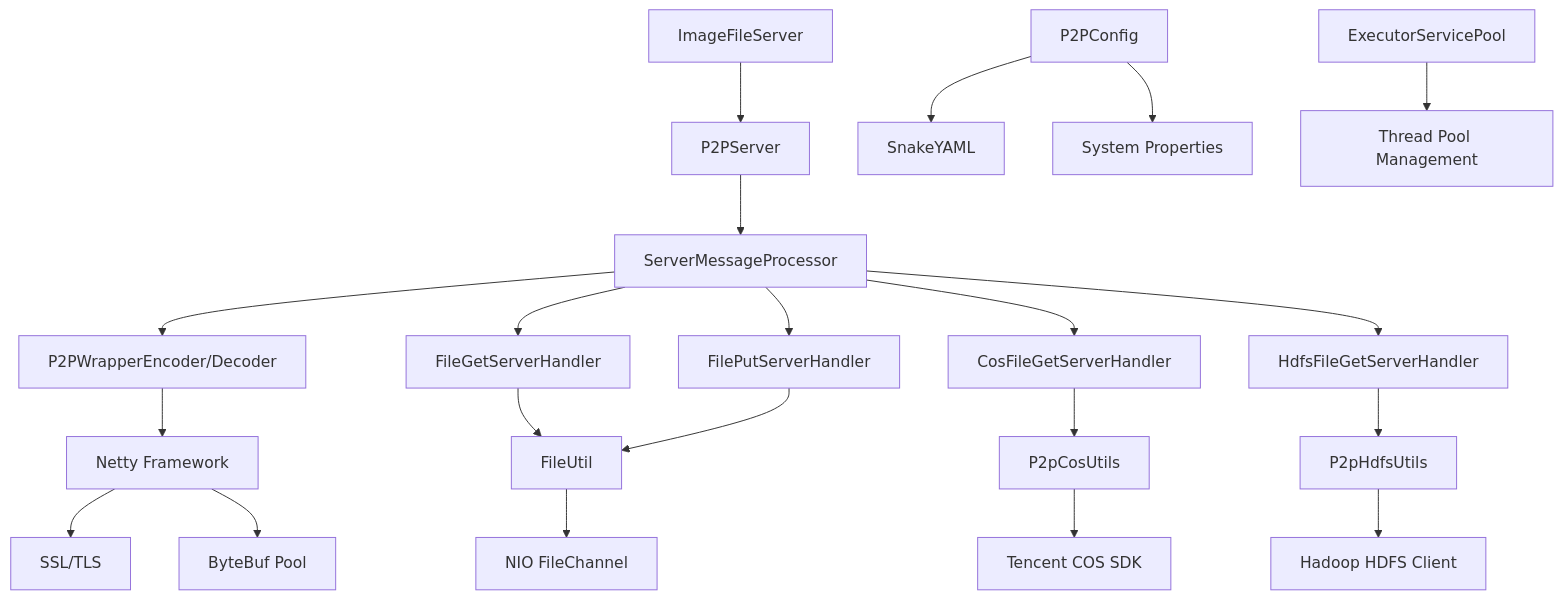
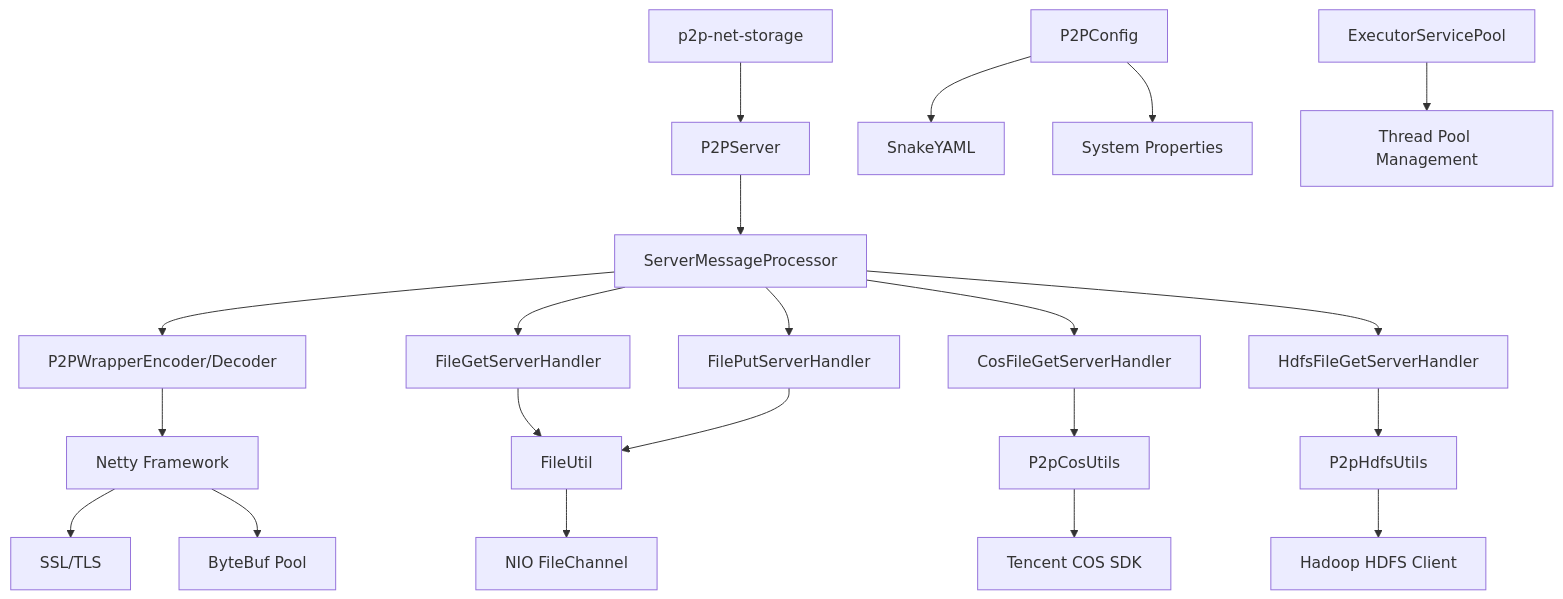
The diagram in PROJECT_STRUCTURE.md (iamkarlkm/p2p-net-storage), drawn with Mermaid before and after one commit. The commit also changed other lines of this file and 65 other files, not shown here.

````diff
--- a/PROJECT_STRUCTURE.md
+++ b/PROJECT_STRUCTURE.md
@@ -280,29 +280,29 @@
 ```mermaid
 graph TD
-    A[ImageFileServer] --> B[P2PServer]
+    A[p2p-net-storage] --> B[P2PServer]
     B --> C[ServerMessageProcessor]
     C --> D[P2PWrapperEncoder/Decoder]
     D --> E[Netty Framework]
     
     C --> F[FileGetServerHandler]
     C --> G[FilePutServerHandler]
     C --> H[CosFileGetServerHandler]
     C --> I[HdfsFileGetServerHandler]
     
     F --> J[FileUtil]
     G --> J
     H --> K[P2pCosUtils]
     I --> L[P2pHdfsUtils]
     
     J --> M[NIO FileChannel]
     K --> N[Tencent COS SDK]
     L --> O[Hadoop HDFS Client]
     
     E --> P[SSL/TLS]
     E --> Q[ByteBuf Pool]
     
     R[P2PConfig] --> S[SnakeYAML]
     R --> T[System Properties]
     
     U[ExecutorServicePool] --> V[Thread Pool Management]
 ```
````
